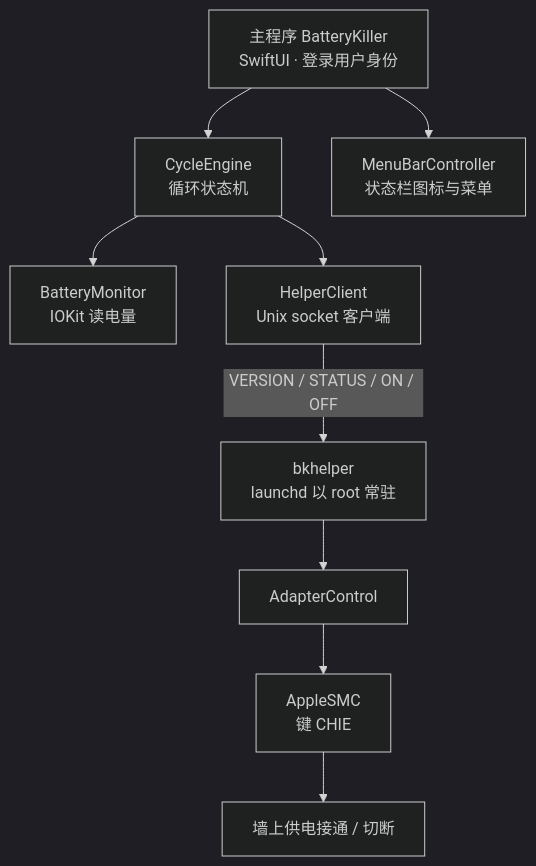
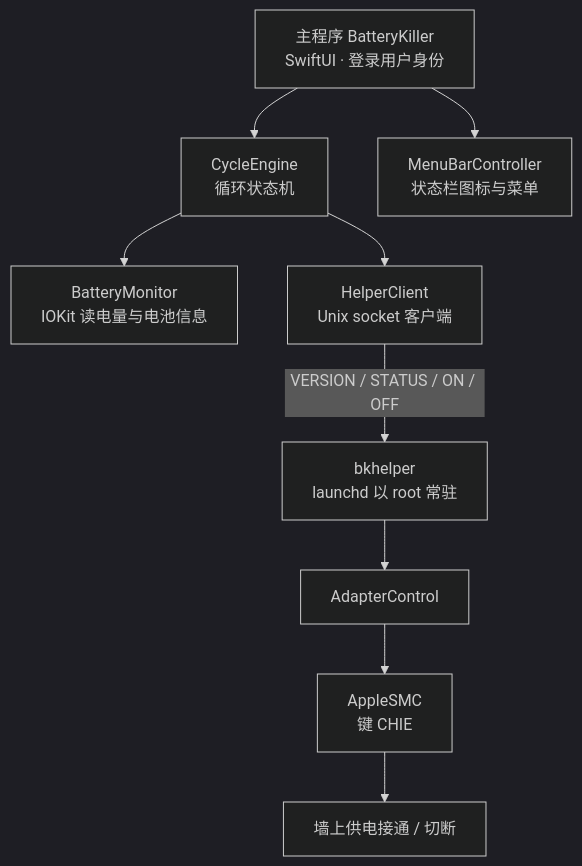
The first of 4 diagrams in README.md (angiie/b-killer), drawn with Mermaid before and after one commit. The commit also changed other lines of this file and 10 other files, not shown here.

````diff
--- a/README.md
+++ b/README.md
@@ -39,12 +40,12 @@
 ```mermaid
 %%{init: {'theme':'dark'}}%%
 graph TD
     A["主程序 BatteryKiller<br/>SwiftUI · 登录用户身份"] --> B["CycleEngine<br/>循环状态机"]
     A --> C["MenuBarController<br/>状态栏图标与菜单"]
-    B --> D["BatteryMonitor<br/>IOKit 读电量"]
+    B --> D["BatteryMonitor<br/>IOKit 读电量与电池信息"]
     B --> E["HelperClient<br/>Unix socket 客户端"]
     E -->|"VERSION / STATUS / ON / OFF"| F["bkhelper<br/>launchd 以 root 常驻"]
     F --> G["AdapterControl"]
     G --> H["AppleSMC<br/>键 CHIE"]
     H --> I["墙上供电接通 / 切断"]
 ```
````
